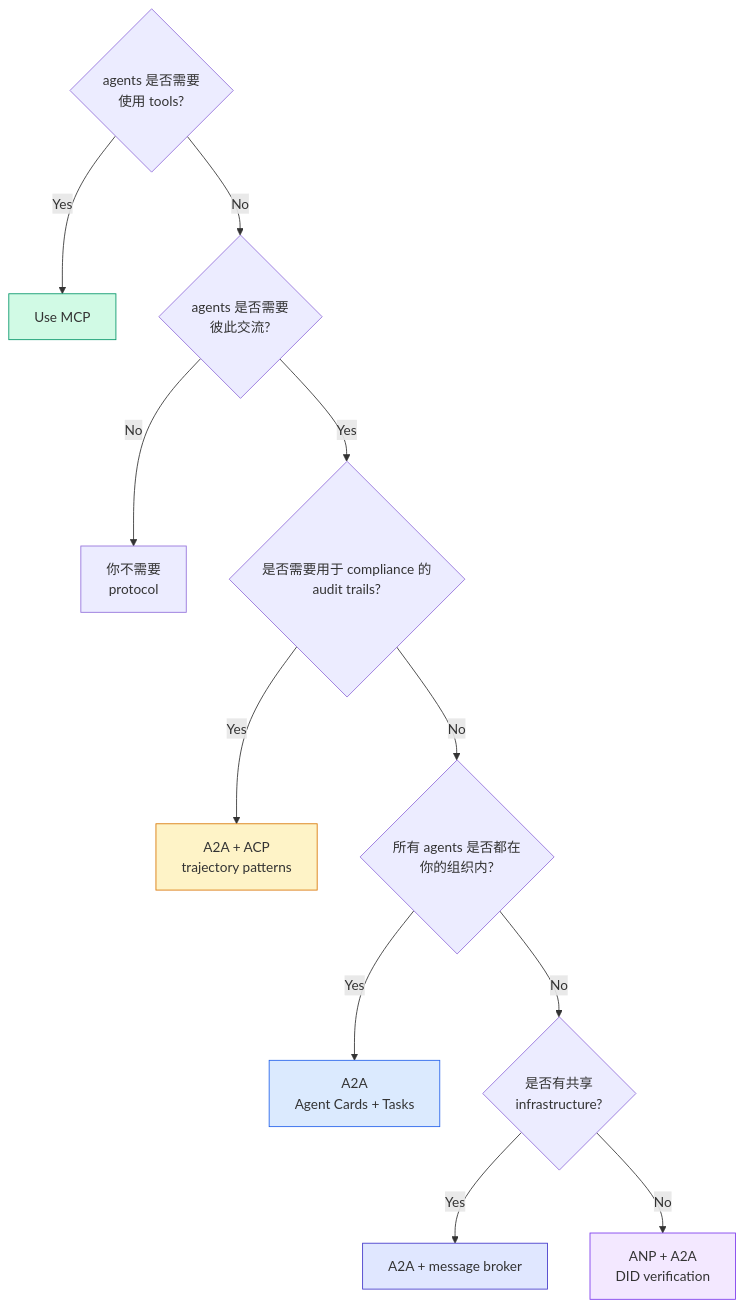
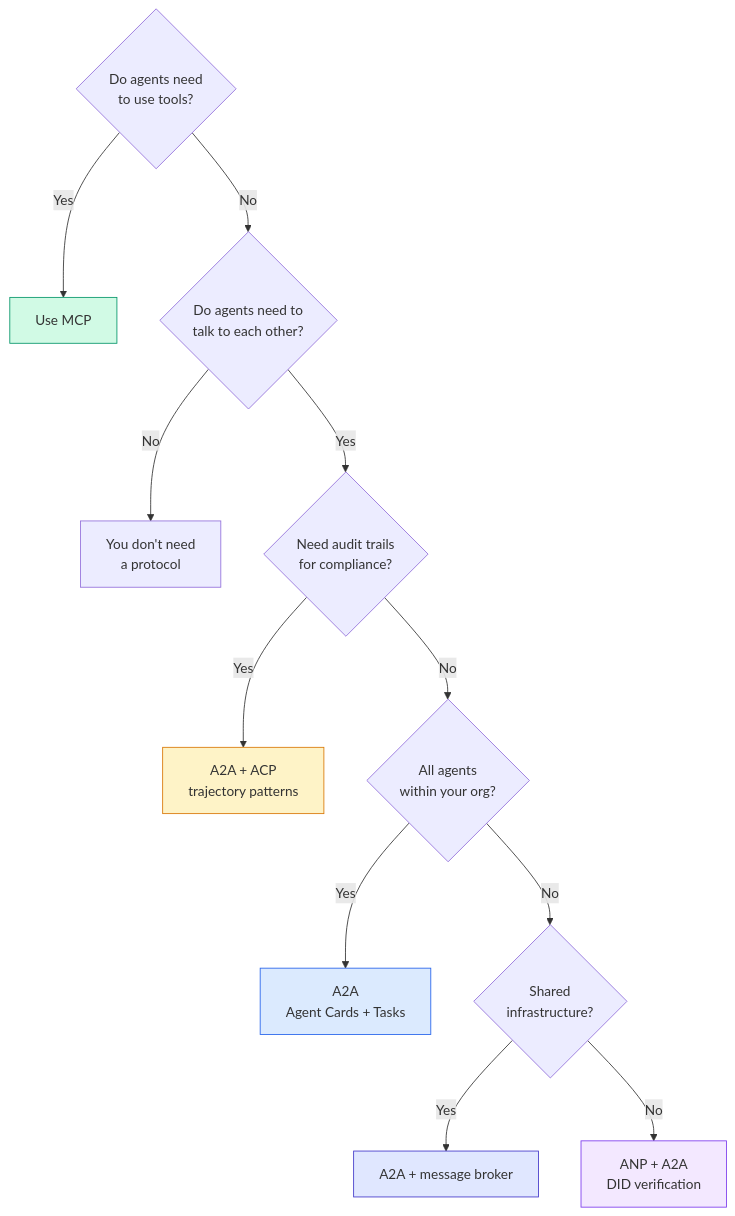
Diagram 13 of 13 in phases/16-multi-agent-and-swarms/03-communication-protocols/docs/en.md (cluster1900/ai-engineering-from-scratch-zh), drawn with Mermaid before and after one commit. The commit also changed other lines of this file and 155 other files, not shown here.

````diff
--- a/phases/16-multi-agent-and-swarms/03-communication-protocols/docs/en.md
+++ b/phases/16-multi-agent-and-swarms/03-communication-protocols/docs/en.md
@@ -1445,20 +1449,20 @@
 ```mermaid
 graph TD
-    START{agents 是否需要<br/>使用 tools?}
+    START{Do agents need<br/>to use tools?}
     START -->|Yes| MCP_R[Use MCP]
-    START -->|No| TALK{agents 是否需要<br/>彼此交流?}
-    TALK -->|No| NONE[你不需要<br/>protocol]
-    TALK -->|Yes| AUDIT{是否需要用于 compliance 的<br/>audit trails?}
+    START -->|No| TALK{Do agents need to<br/>talk to each other?}
+    TALK -->|No| NONE[You don't need<br/>a protocol]
+    TALK -->|Yes| AUDIT{Need audit trails<br/>for compliance?}
     AUDIT -->|Yes| ACP_R[A2A + ACP<br/>trajectory patterns]
-    AUDIT -->|No| ORG{所有 agents 是否都在<br/>你的组织内?}
+    AUDIT -->|No| ORG{All agents<br/>within your org?}
     ORG -->|Yes| A2A_R[A2A<br/>Agent Cards + Tasks]
-    ORG -->|No| INFRA{是否有共享<br/>infrastructure?}
+    ORG -->|No| INFRA{Shared<br/>infrastructure?}
     INFRA -->|Yes| BROKER[A2A + message broker]
     INFRA -->|No| ANP_R[ANP + A2A<br/>DID verification]
 
     style MCP_R fill:#d1fae5,stroke:#059669
     style A2A_R fill:#dbeafe,stroke:#2563eb
     style ACP_R fill:#fef3c7,stroke:#d97706
     style ANP_R fill:#f3e8ff,stroke:#7c3aed
     style BROKER fill:#e0e7ff,stroke:#4338ca
 ```
````
